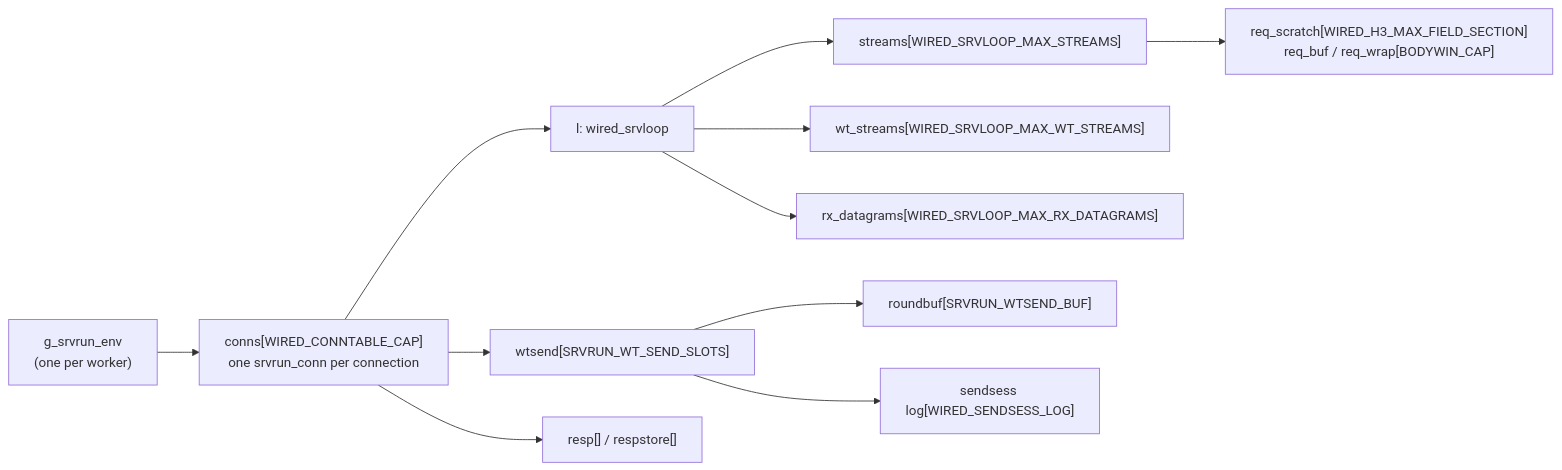
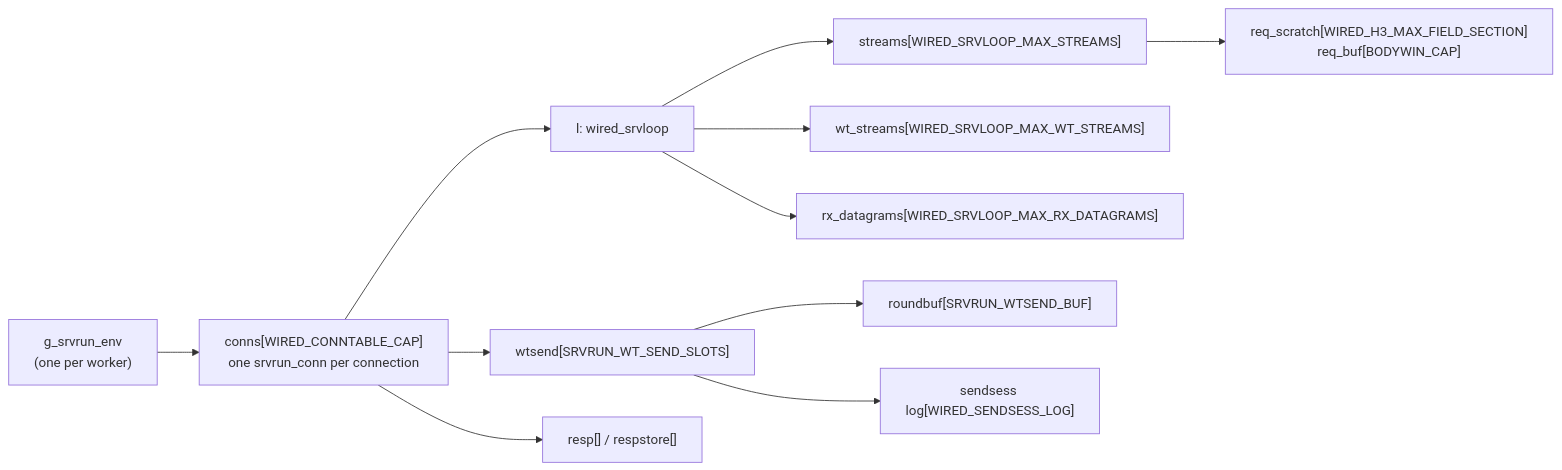
Before and after one commit to Hakkadaikon/wired: the first of 9 diagrams in docs/arch/memory.md, drawn with Mermaid. The commit also changed other lines of this file and 17 other files, not shown here.

First line of the commit message:
perf(srvloop): decode requests in place and drop req_wrap

````diff
--- a/docs/arch/memory.md
+++ b/docs/arch/memory.md
@@ -27,24 +27,24 @@
 ```mermaid
 flowchart LR
   env["g_srvrun_env<br/>(one per worker)"]
   conns["conns[WIRED_CONNTABLE_CAP]<br/>one srvrun_conn per connection"]
   l["l: wired_srvloop"]
   wtsend["wtsend[SRVRUN_WT_SEND_SLOTS]"]
   resp["resp[] / respstore[]"]
   streams["streams[WIRED_SRVLOOP_MAX_STREAMS]"]
   wts["wt_streams[WIRED_SRVLOOP_MAX_WT_STREAMS]"]
   dg["rx_datagrams[WIRED_SRVLOOP_MAX_RX_DATAGRAMS]"]
   rb["roundbuf[SRVRUN_WTSEND_BUF]"]
   ss["sendsess log[WIRED_SENDSESS_LOG]"]
-  rq["req_scratch[WIRED_H3_MAX_FIELD_SECTION]<br/>req_buf / req_wrap[BODYWIN_CAP]"]
+  rq["req_scratch[WIRED_H3_MAX_FIELD_SECTION]<br/>req_buf[BODYWIN_CAP]"]
   env --> conns
   conns --> l
   conns --> wtsend
   conns --> resp
   l --> streams
   l --> wts
   l --> dg
   wtsend --> rb
   wtsend --> ss
   streams --> rq
 ```
````
